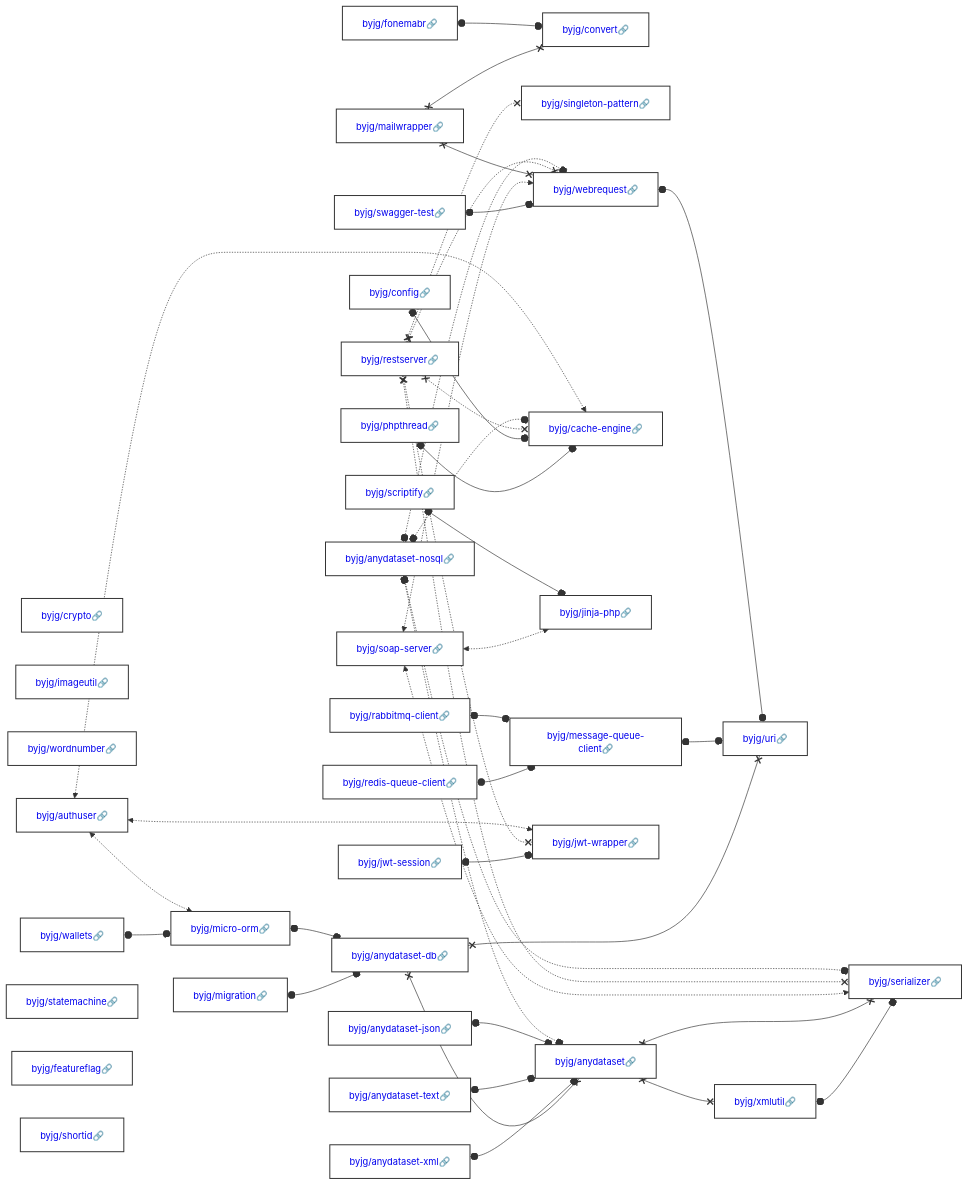
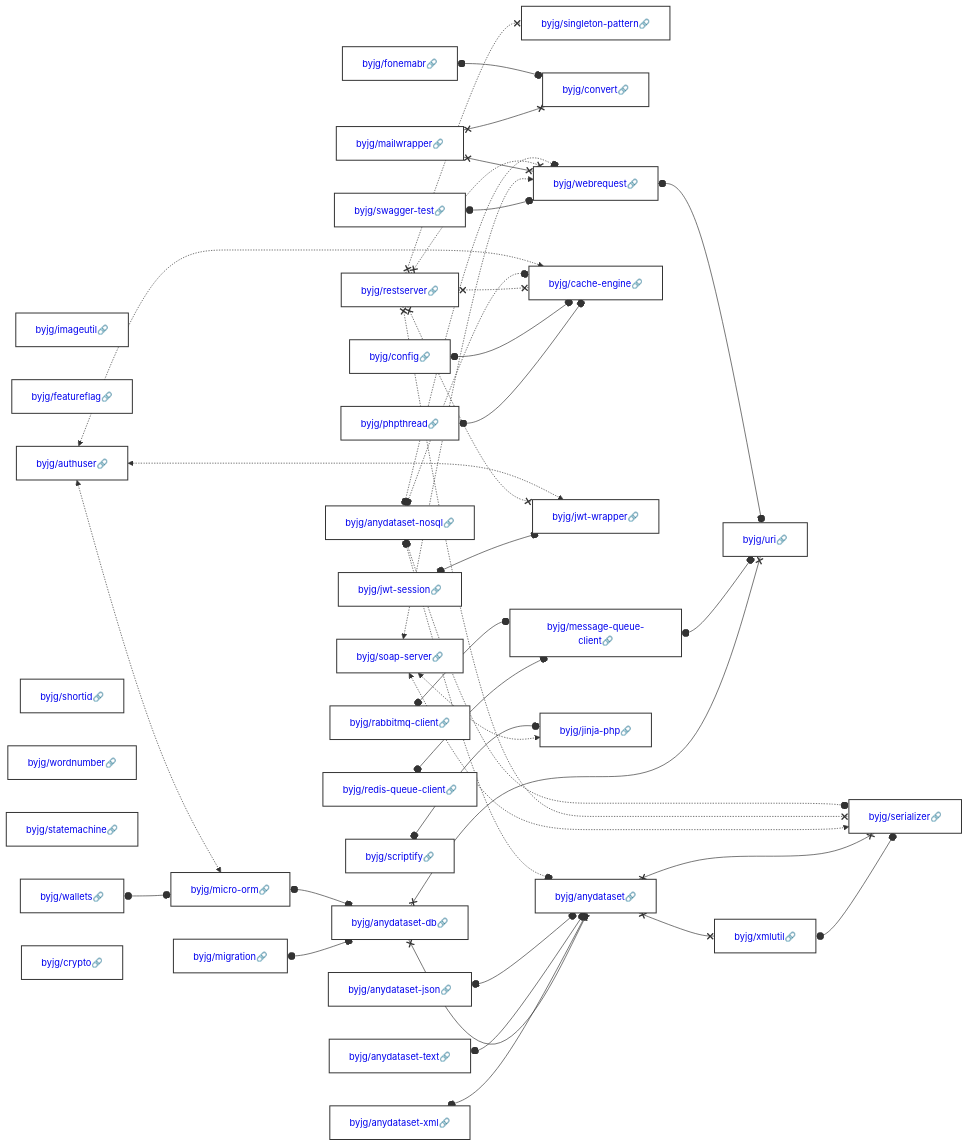
Before and after one commit to byjg/byjg.github.io: the diagram in docs/php/README.md, drawn with Mermaid. The commit also changed other lines of this file, not shown here.

Commit message:
Update documentation 'php' 'php-cache-engine'

````diff
--- a/docs/php/README.md
+++ b/docs/php/README.md
@@ -3,37 +3,37 @@
 ```mermaid
 graph LR;
+  byjg/imageutil[<a href='https://opensource.byjg.com/docs/php/imageutil' style='text-decoration:none'>byjg/imageutil🔗</a>];
+  byjg/jwt-session[<a href='https://opensource.byjg.com/docs/php/jwt-session' style='text-decoration:none'>byjg/jwt-session🔗</a>];
+  byjg/anydataset-json[<a href='https://opensource.byjg.com/docs/php/anydataset-json' style='text-decoration:none'>byjg/anydataset-json🔗</a>];
+  byjg/restserver[<a href='https://opensource.byjg.com/docs/php/restserver' style='text-decoration:none'>byjg/restserver🔗</a>];
+  byjg/anydataset-nosql[<a href='https://opensource.byjg.com/docs/php/anydataset-nosql' style='text-decoration:none'>byjg/anydataset-nosql🔗</a>];
+  byjg/swagger-test[<a href='https://opensource.byjg.com/docs/php/swagger-test' style='text-decoration:none'>byjg/swagger-test🔗</a>];
+  byjg/mailwrapper[<a href='https://opensource.byjg.com/docs/php/mailwrapper' style='text-decoration:none'>byjg/mailwrapper🔗</a>];
+  byjg/fonemabr[<a href='https://opensource.byjg.com/docs/php/fonemabr' style='text-decoration:none'>byjg/fonemabr🔗</a>];
+  byjg/rabbitmq-client[<a href='https://opensource.byjg.com/docs/php/rabbitmq-client' style='text-decoration:none'>byjg/rabbitmq-client🔗</a>];
+  byjg/featureflag[<a href='https://opensource.byjg.com/docs/php/featureflag' style='text-decoration:none'>byjg/featureflag🔗</a>];
+  byjg/migration[<a href='https://opensource.byjg.com/docs/php/migration' style='text-decoration:none'>byjg/migration🔗</a>];
+  byjg/config[<a href='https://opensource.byjg.com/docs/php/config' style='text-decoration:none'>byjg/config🔗</a>];
+  byjg/phpthread[<a href='https://opensource.byjg.com/docs/php/phpthread' style='text-decoration:none'>byjg/phpthread🔗</a>];
+  byjg/redis-queue-client[<a href='https://opensource.byjg.com/docs/php/redis-queue-client' style='text-decoration:none'>byjg/redis-queue-client🔗</a>];
+  byjg/authuser[<a href='https://opensource.byjg.com/docs/php/authuser' style='text-decoration:none'>byjg/authuser🔗</a>];
+  byjg/shortid[<a href='https://opensource.byjg.com/docs/php/shortid' style='text-decoration:none'>byjg/shortid🔗</a>];
+  byjg/wordnumber[<a href='https://opensource.byjg.com/docs/php/wordnumber' style='text-decoration:none'>byjg/wordnumber🔗</a>];
+  byjg/anydataset-text[<a href='https://opensource.byjg.com/docs/php/anydataset-text' style='text-decoration:none'>byjg/anydataset-text🔗</a>];
+  byjg/statemachine[<a href='https://opensource.byjg.com/docs/php/statemachine' style='text-decoration:none'>byjg/statemachine🔗</a>];
+  byjg/wallets[<a href='https://opensource.byjg.com/docs/php/wallets' style='text-decoration:none'>byjg/wallets🔗</a>];
   byjg/crypto[<a href='https://opensource.byjg.com/docs/php/crypto' style='text-decoration:none'>byjg/crypto🔗</a>];
-  byjg/fonemabr[<a href='https://opensource.byjg.com/docs/php/fonemabr' style='text-decoration:none'>byjg/fonemabr🔗</a>];
-  byjg/imageutil[<a href='https://opensource.byjg.com/docs/php/imageutil' style='text-decoration:none'>byjg/imageutil🔗</a>];
-  byjg/wordnumber[<a href='https://opensource.byjg.com/docs/php/wordnumber' style='text-decoration:none'>byjg/wordnumber🔗</a>];
-  byjg/swagger-test[<a href='https://opensource.byjg.com/docs/php/swagger-test' style='text-decoration:none'>byjg/swagger-test🔗</a>];
-  byjg/anydataset-text[<a href='https://opensource.byjg.com/docs/php/anydataset-text' style='text-decoration:none'>byjg/anydataset-text🔗</a>];
-  byjg/mailwrapper[<a href='https://opensource.byjg.com/docs/php/mailwrapper' style='text-decoration:none'>byjg/mailwrapper🔗</a>];
-  byjg/config[<a href='https://opensource.byjg.com/docs/php/config' style='text-decoration:none'>byjg/config🔗</a>];
-  byjg/redis-queue-client[<a href='https://opensource.byjg.com/docs/php/redis-queue-client' style='text-decoration:none'>byjg/redis-queue-client🔗</a>];
-  byjg/restserver[<a href='https://opensource.byjg.com/docs/php/restserver' style='text-decoration:none'>byjg/restserver🔗</a>];
-  byjg/anydataset-json[<a href='https://opensource.byjg.com/docs/php/anydataset-json' style='text-decoration:none'>byjg/anydataset-json🔗</a>];
-  byjg/authuser[<a href='https://opensource.byjg.com/docs/php/authuser' style='text-decoration:none'>byjg/authuser🔗</a>];
-  byjg/phpthread[<a href='https://opensource.byjg.com/docs/php/phpthread' style='text-decoration:none'>byjg/phpthread🔗</a>];
+  byjg/soap-server[<a href='https://opensource.byjg.com/docs/php/soap-server' style='text-decoration:none'>byjg/soap-server🔗</a>];
   byjg/scriptify[<a href='https://opensource.byjg.com/docs/php/scriptify' style='text-decoration:none'>byjg/scriptify🔗</a>];
-  byjg/rabbitmq-client[<a href='https://opensource.byjg.com/docs/php/rabbitmq-client' style='text-decoration:none'>byjg/rabbitmq-client🔗</a>];
-  byjg/migration[<a href='https://opensource.byjg.com/docs/php/migration' style='text-decoration:none'>byjg/migration🔗</a>];
-  byjg/anydataset-nosql[<a href='https://opensource.byjg.com/docs/php/anydataset-nosql' style='text-decoration:none'>byjg/anydataset-nosql🔗</a>];
-  byjg/soap-server[<a href='https://opensource.byjg.com/docs/php/soap-server' style='text-decoration:none'>byjg/soap-server🔗</a>];
-  byjg/wallets[<a href='https://opensource.byjg.com/docs/php/wallets' style='text-decoration:none'>byjg/wallets🔗</a>];
-  byjg/jwt-session[<a href='https://opensource.byjg.com/docs/php/jwt-session' style='text-decoration:none'>byjg/jwt-session🔗</a>];
   byjg/anydataset-xml[<a href='https://opensource.byjg.com/docs/php/anydataset-xml' style='text-decoration:none'>byjg/anydataset-xml🔗</a>];
-  byjg/statemachine[<a href='https://opensource.byjg.com/docs/php/statemachine' style='text-decoration:none'>byjg/statemachine🔗</a>];
-  byjg/featureflag[<a href='https://opensource.byjg.com/docs/php/featureflag' style='text-decoration:none'>byjg/featureflag🔗</a>];
-  byjg/shortid[<a href='https://opensource.byjg.com/docs/php/shortid' style='text-decoration:none'>byjg/shortid🔗</a>];
+  byjg/singleton-pattern[<a href='https://opensource.byjg.com/docs/php/singleton-pattern' style='text-decoration:none'>byjg/singleton-pattern🔗</a>];
   byjg/convert[<a href='https://opensource.byjg.com/docs/php/convert' style='text-decoration:none'>byjg/convert🔗</a>];
-  byjg/singleton-pattern[<a href='https://opensource.byjg.com/docs/php/singleton-pattern' style='text-decoration:none'>byjg/singleton-pattern🔗</a>];
   byjg/message-queue-client[<a href='https://opensource.byjg.com/docs/php/message-queue-client' style='text-decoration:none'>byjg/message-queue-client🔗</a>];
   byjg/cache-engine[<a href='https://opensource.byjg.com/docs/php/cache-engine' style='text-decoration:none'>byjg/cache-engine🔗</a>];
+  byjg/jwt-wrapper[<a href='https://opensource.byjg.com/docs/php/jwt-wrapper' style='text-decoration:none'>byjg/jwt-wrapper🔗</a>];
+  byjg/micro-orm[<a href='https://opensource.byjg.com/docs/php/micro-orm' style='text-decoration:none'>byjg/micro-orm🔗</a>];
+  byjg/webrequest[<a href='https://opensource.byjg.com/docs/php/webrequest' style='text-decoration:none'>byjg/webrequest🔗</a>];
   byjg/jinja-php[<a href='https://opensource.byjg.com/docs/php/jinja-php' style='text-decoration:none'>byjg/jinja-php🔗</a>];
-  byjg/webrequest[<a href='https://opensource.byjg.com/docs/php/webrequest' style='text-decoration:none'>byjg/webrequest🔗</a>];
-  byjg/micro-orm[<a href='https://opensource.byjg.com/docs/php/micro-orm' style='text-decoration:none'>byjg/micro-orm🔗</a>];
-  byjg/jwt-wrapper[<a href='https://opensource.byjg.com/docs/php/jwt-wrapper' style='text-decoration:none'>byjg/jwt-wrapper🔗</a>];
   byjg/anydataset-db[<a href='https://opensource.byjg.com/docs/php/anydataset-db' style='text-decoration:none'>byjg/anydataset-db🔗</a>];
   byjg/anydataset[<a href='https://opensource.byjg.com/docs/php/anydataset' style='text-decoration:none'>byjg/anydataset🔗</a>];
   byjg/uri[<a href='https://opensource.byjg.com/docs/php/uri' style='text-decoration:none'>byjg/uri🔗</a>];
````
